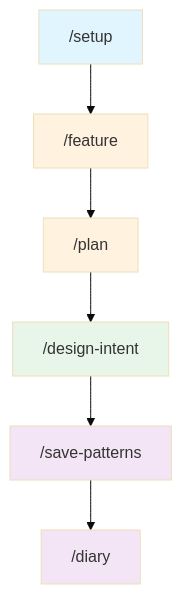
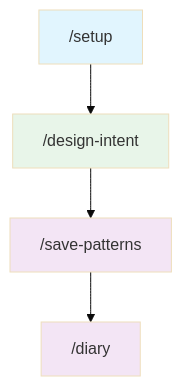
Before and after one commit to joaquimscosta/arkhe-claude-plugins: the fourth of 4 diagrams in plugins/design-intent/README.md, drawn with Mermaid (base theme). The commit also changed other lines of this file and 14 other files, not shown here.

First line of the commit message:
refactor(design-intent): remove spec system to focus on UI implementation

````diff
--- a/plugins/design-intent/README.md
+++ b/plugins/design-intent/README.md
@@ -213,20 +199,15 @@
 ```mermaid
 flowchart TD
-    A["/setup"] --> B["/feature"]
-    B --> C["/plan"]
-    C --> D["/design-intent"]
-    D --> E["/save-patterns"]
-    E --> F["/diary"]
+    A["/setup"] --> B["/design-intent"]
+    B --> C["/save-patterns"]
+    C --> D["/diary"]
 
     A:::init
-    B:::spec
-    C:::spec
-    D:::build
-    E:::capture
-    F:::capture
+    B:::build
+    C:::capture
+    D:::capture
 
     classDef init fill:#e1f5fe
-    classDef spec fill:#fff3e0
     classDef build fill:#e8f5e9
     classDef capture fill:#f3e5f5
 ```
````
